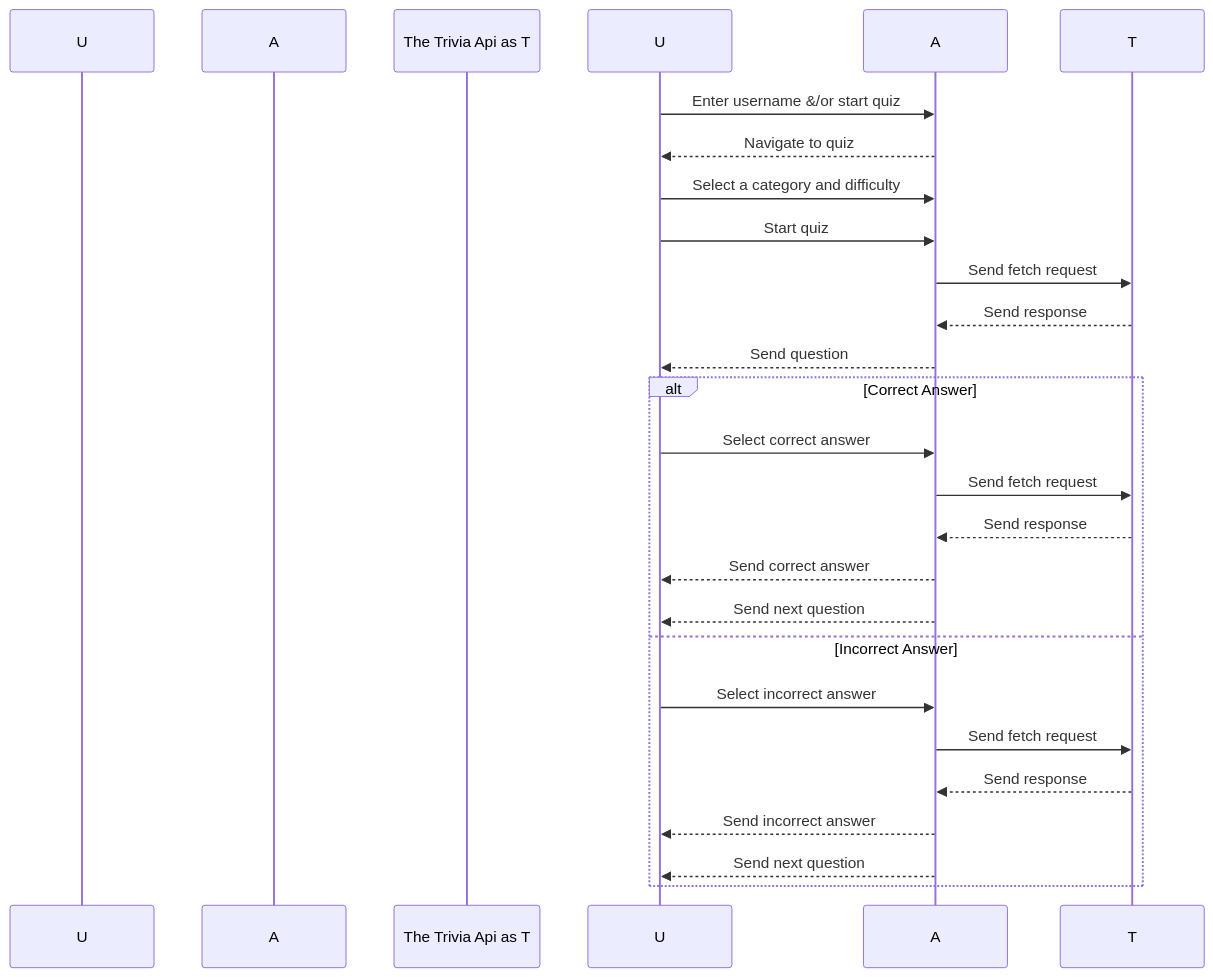
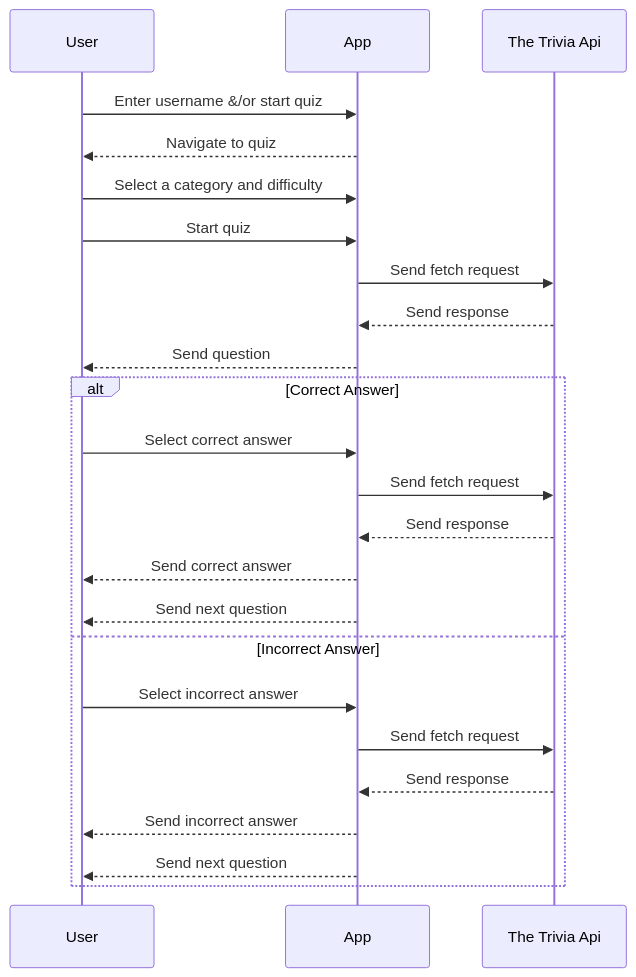
One commit to TheFullStackFred/fredrikstromberg-testing_typescipt-quiz_app changed the diagram in src/sequenceDiagram.md. Above: the diagram before and after it, drawn with Mermaid.

Commit message:
started on uml diagram

````diff
--- a/src/sequenceDiagram.md
+++ b/src/sequenceDiagram.md
@@ -3,28 +3,28 @@
 ```mermaid
 sequenceDiagram
-    participant User as U
-    participant App as A
-    participant The Trivia Api as T
+    participant  U as User
+    participant A as App
+    participant T as The Trivia Api
 
     U->>A: Enter username &/or start quiz
     A-->>U: Navigate to quiz
     U->>A: Select a category and difficulty
     U->>A: Start quiz
     A->>T: Send fetch request
     T-->>A: Send response
     A-->>U: Send question
 
     alt Correct Answer
         U->>A: Select correct answer
         A->>T: Send fetch request
         T-->>A: Send response
         A-->>U: Send correct answer
         A-->>U: Send next question
     else Incorrect Answer
         U->>A: Select incorrect answer
         A->>T: Send fetch request
         T-->>A: Send response
         A-->>U: Send incorrect answer
         A-->>U: Send next question
     end
 ```
````
